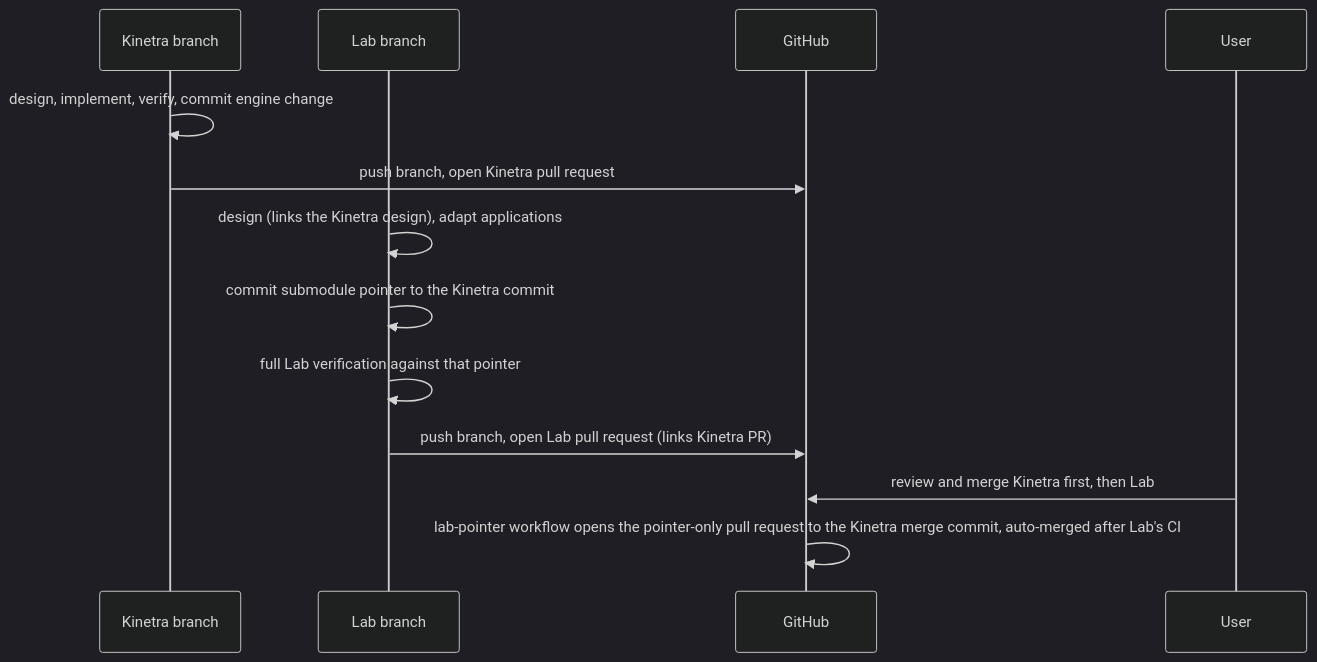
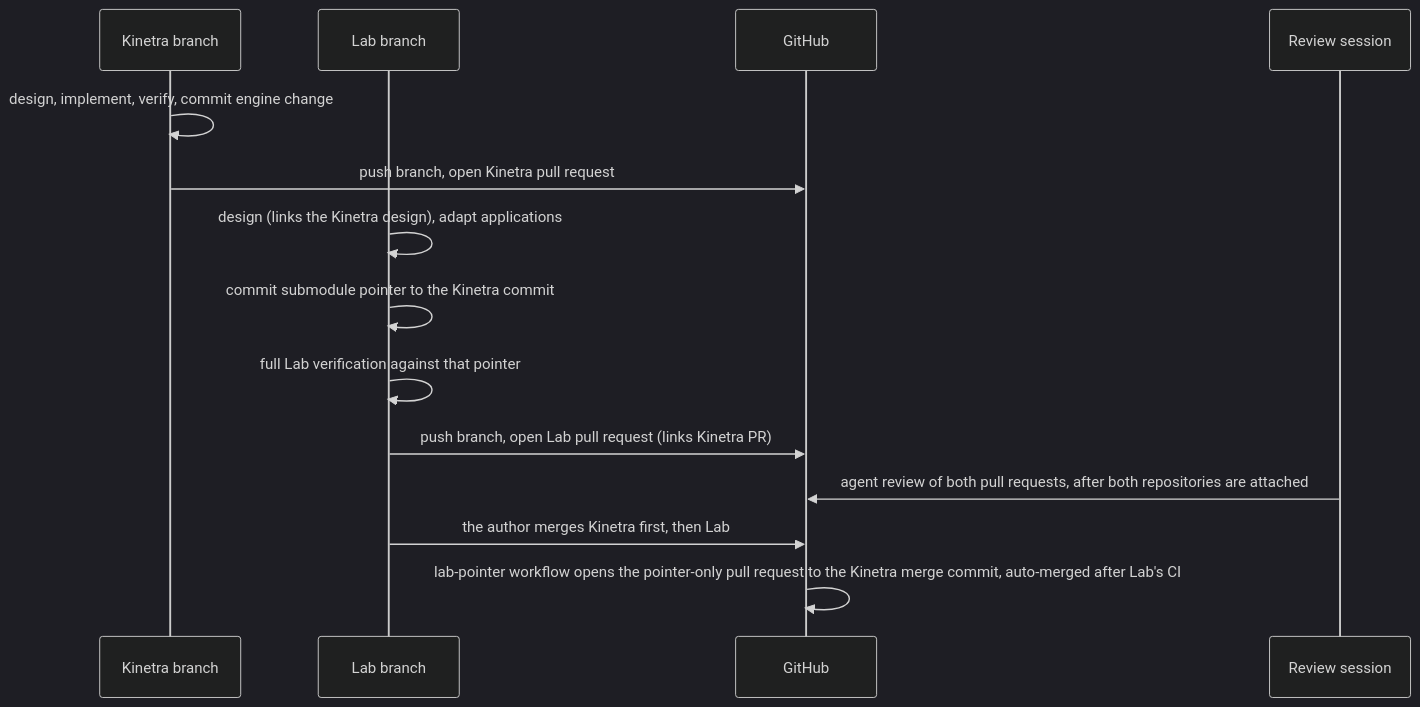
The third of 3 diagrams in docs/workflow.md (SMB-M87/Kinetra), drawn with Mermaid (dark theme) before and after one commit. The commit also changed other lines of this file and 9 other files, not shown here.

First line of the commit message:
docs(agents): review access, and the author merges every change

````diff
--- a/docs/workflow.md
+++ b/docs/workflow.md
@@ -198,15 +206,16 @@
 ```mermaid
 sequenceDiagram
     participant K as Kinetra branch
     participant L as Lab branch
     participant G as GitHub
-    participant U as User
+    participant R as Review session
     K->>K: design, implement, verify, commit engine change
     K->>G: push branch, open Kinetra pull request
     L->>L: design (links the Kinetra design), adapt applications
     L->>L: commit submodule pointer to the Kinetra commit
     L->>L: full Lab verification against that pointer
     L->>G: push branch, open Lab pull request (links Kinetra PR)
-    U->>G: review and merge Kinetra first, then Lab
+    R->>G: agent review of both pull requests, after both repositories are attached
+    L->>G: the author merges Kinetra first, then Lab
     G->>G: lab-pointer workflow opens the pointer-only pull request to the Kinetra merge commit, auto-merged after Lab's CI
 ```
````
